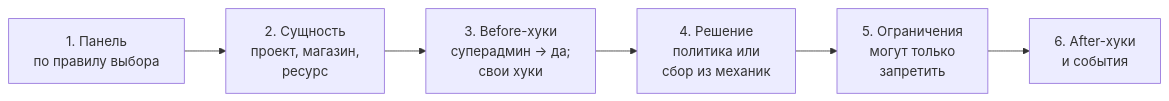
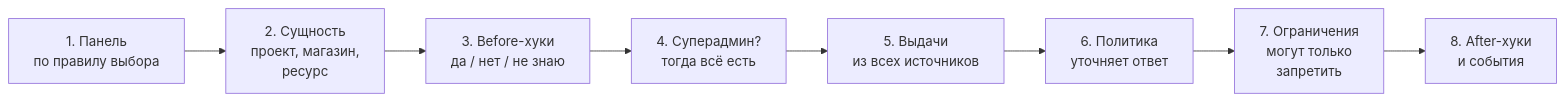
Before and after one commit to axiomasoft/azguard-private: the second of 3 diagrams in audits/2026-09-29-audit/opus/00-overview.md, drawn with Mermaid. The commit also changed other lines of this file and 16 other files, not shown here.

````diff
--- a/audits/2026-09-29-audit/opus/00-overview.md
+++ b/audits/2026-09-29-audit/opus/00-overview.md
@@ -114,8 +243,10 @@
 ```mermaid
 flowchart LR
     A[1. Панель<br/>по правилу выбора] --> B[2. Сущность<br/>проект, магазин,<br/>ресурс]
-    B --> C[3. Before-хуки<br/>суперадмин → да;<br/>свои хуки]
-    C --> D[4. Решение<br/>политика или<br/>сбор из механик]
-    D --> E[5. Ограничения<br/>могут только<br/>запретить]
-    E --> F[6. After-хуки<br/>и события]
+    B --> C[3. Before-хуки<br/>да / нет / не знаю]
+    C --> D[4. Суперадмин?<br/>тогда всё есть]
+    D --> E[5. Выдачи<br/>из всех источников]
+    E --> F[6. Политика<br/>уточняет ответ]
+    F --> G[7. Ограничения<br/>могут только<br/>запретить]
+    G --> H[8. After-хуки<br/>и события]
 ```
````
